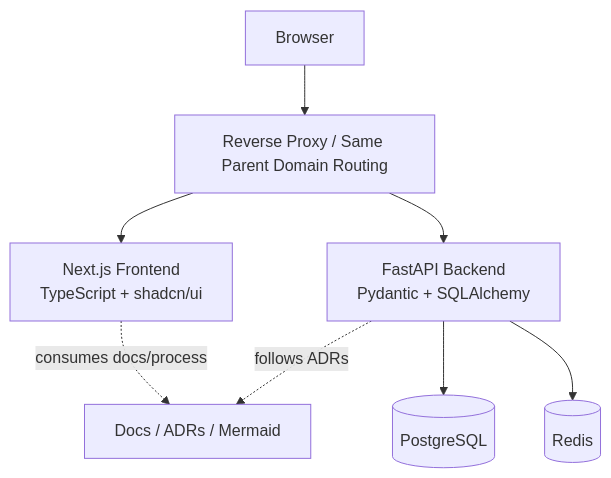
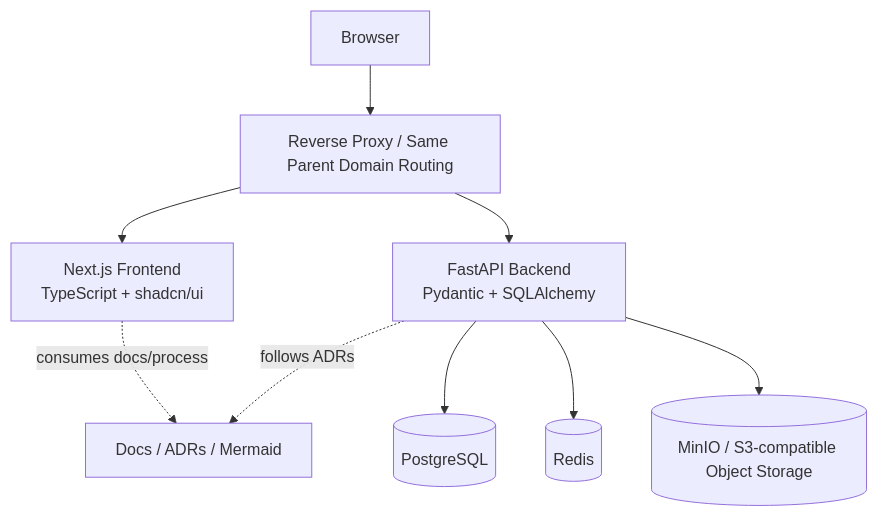
The second of 2 diagrams in docs/architecture/system-overview.md (creep1ng/shared-expenses-tracking), drawn with Mermaid before and after one commit. The commit also changed other lines of this file and 33 other files, not shown here.

````diff
--- a/docs/architecture/system-overview.md
+++ b/docs/architecture/system-overview.md
@@ -36,18 +37,20 @@
 ```mermaid
 flowchart TB
     browser[Browser]
     proxy[Reverse Proxy / Same Parent Domain Routing]
     frontend[Next.js Frontend\nTypeScript + shadcn/ui]
     backend[FastAPI Backend\nPydantic + SQLAlchemy]
     db[(PostgreSQL)]
     redis[(Redis)]
+    object[(MinIO / S3-compatible Object Storage)]
     docs[Docs / ADRs / Mermaid]
 
     browser --> proxy
     proxy --> frontend
     proxy --> backend
     backend --> db
     backend --> redis
+    backend --> object
     frontend -. consumes docs/process .-> docs
     backend -. follows ADRs .-> docs
 ```
````
